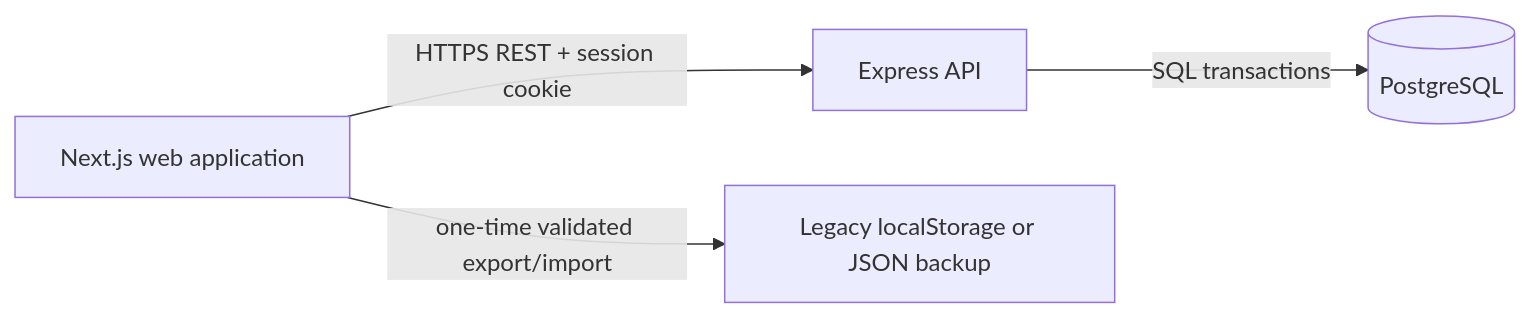
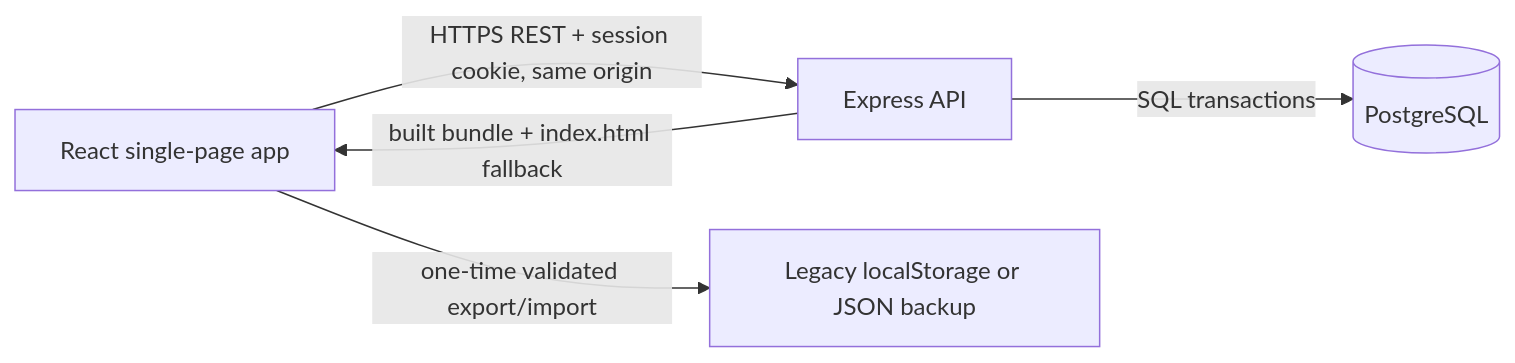
Before and after one commit to 8C9D/poker-range-trainer: the diagram in docs/architecture/target-architecture.md, drawn with Mermaid. The commit also changed other lines of this file and 5 other files, not shown here.

````diff
--- a/docs/architecture/target-architecture.md
+++ b/docs/architecture/target-architecture.md
@@ -17,6 +17,7 @@
 ```mermaid
 flowchart LR
-  Browser[Next.js web application] -->|HTTPS REST + session cookie| API[Express API]
+  Browser[React single-page app] -->|HTTPS REST + session cookie, same origin| API[Express API]
+  API -->|built bundle + index.html fallback| Browser
   API -->|SQL transactions| DB[(PostgreSQL)]
   Browser -->|one-time validated export/import| Legacy[Legacy localStorage or JSON backup]
 ```
````
